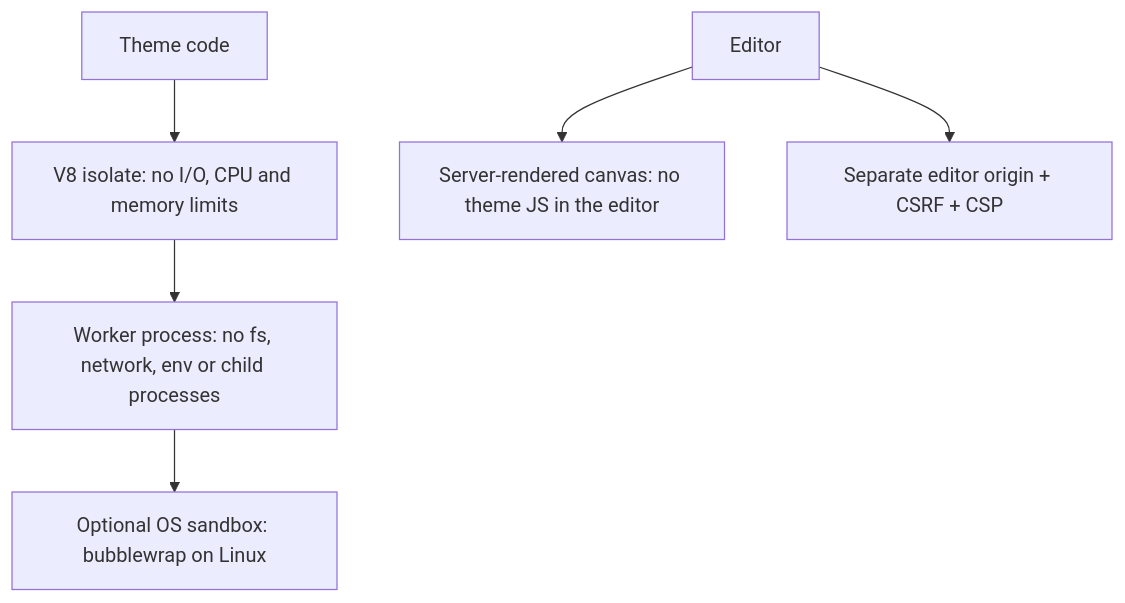
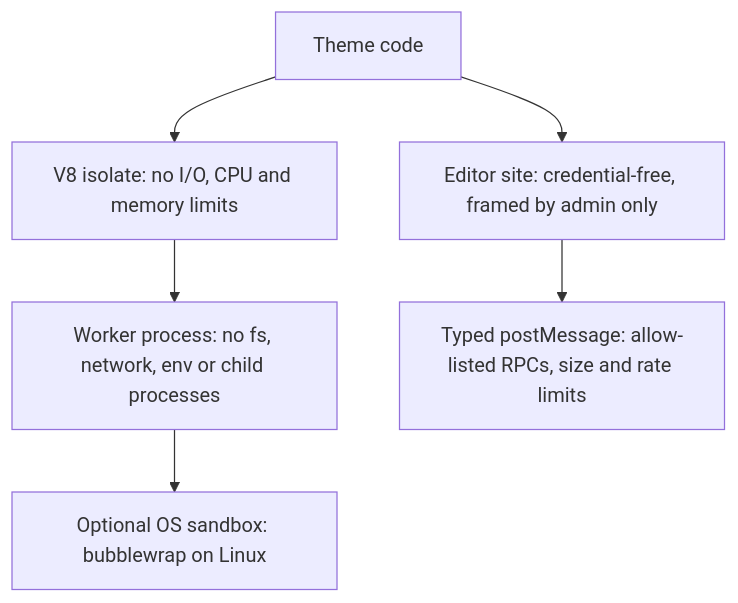
Before and after one commit to 0ctanium/puckremote: the diagram in apps/docs/content/docs/(framework)/concepts/trust-model.mdx, drawn with Mermaid. The commit also changed other lines of this file and 184 other files, not shown here.

First line of the commit message:
Simplify: remote components + Shopify-like themes; credential-free editor iframe

````diff
--- a/apps/docs/content/docs/(framework)/concepts/trust-model.mdx
+++ b/apps/docs/content/docs/(framework)/concepts/trust-model.mdx
@@ -17,8 +17,8 @@
 ```mermaid
 graph TD
   T[Theme code] --> I[V8 isolate: no I/O, CPU and memory limits]
   I --> W[Worker process: no fs, network, env or child processes]
   W --> O[Optional OS sandbox: bubblewrap on Linux]
-  E[Editor] --> S[Server-rendered canvas: no theme JS in the editor]
-  E --> X[Separate editor origin + CSRF + CSP]
+  T --> E[Editor site: credential-free, framed by admin only]
+  E --> R[Typed postMessage: allow-listed RPCs, size and rate limits]
 ```
````
